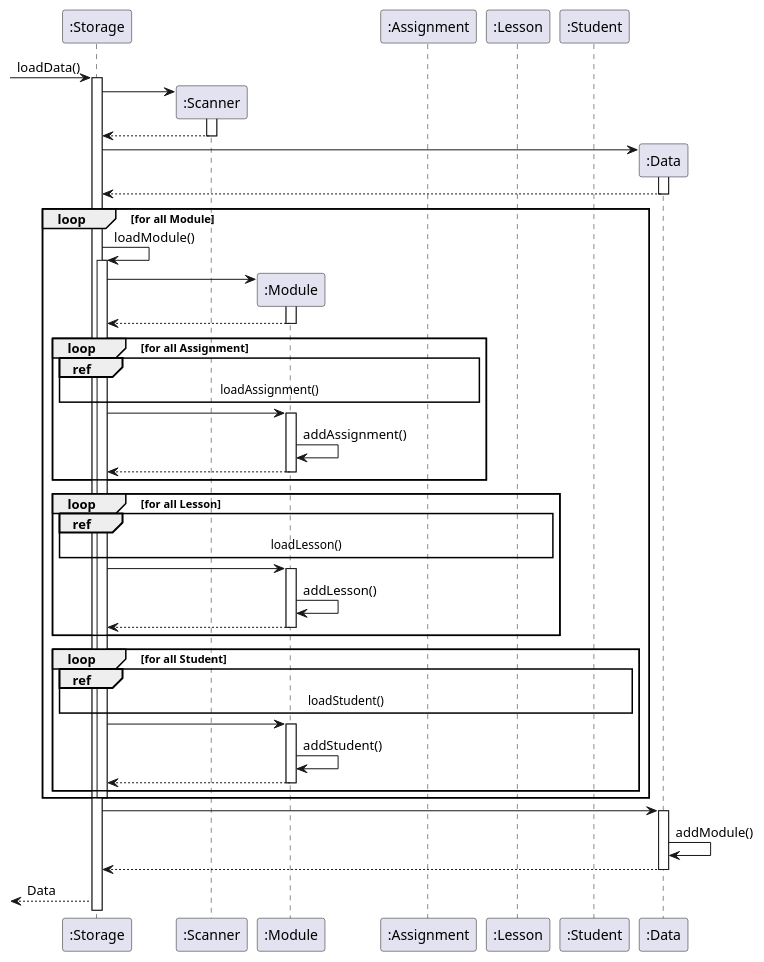
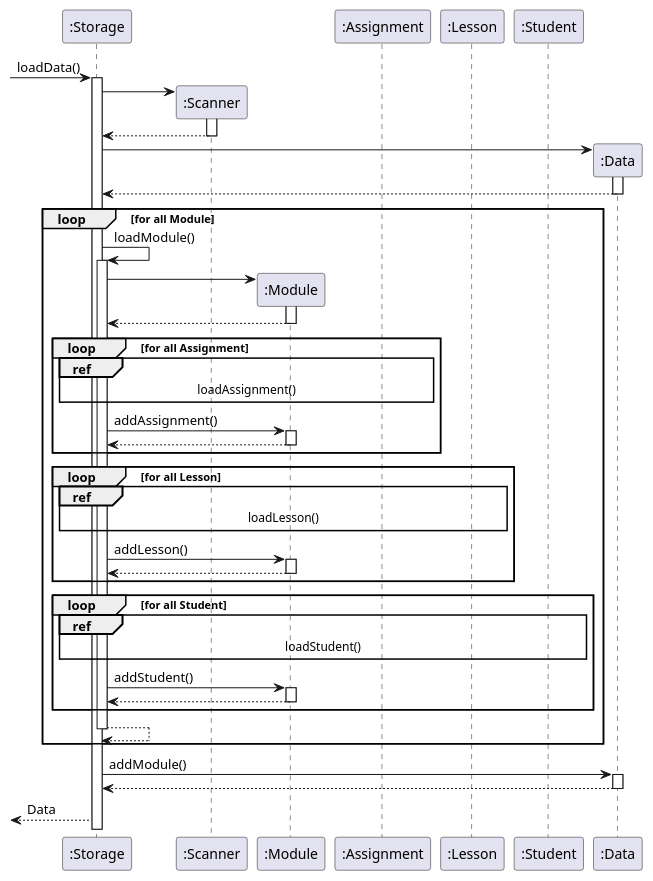
One commit to vaiish371/tp changed the diagram in docs/uml/LoadDataSequenceDiagram.puml. Above: the diagram before and after it, drawn with PlantUML. The commit also changed 4 other files, not shown here.

```diff
--- a/docs/uml/LoadDataSequenceDiagram.puml
+++ b/docs/uml/LoadDataSequenceDiagram.puml
@@ -1,73 +1,70 @@
 @startuml
 
 participant ":Storage" as Storage
 participant ":Scanner" as Scanner
 participant ":Module" as Module
 participant ":Assignment" as Assignment
 participant ":Lesson" as Lesson
 participant ":Student" as Student
 participant ":Data" as Data
 
 [-> Storage : loadData()
 
 activate Storage
 Storage -> Scanner **
 activate Scanner
 Scanner --> Storage
 deactivate Scanner
 
 Storage -> Data **
 activate Data
 Data --> Storage
 deactivate Data
 
 loop for all Module
 
     Storage -> Storage : loadModule()
     activate Storage
     Storage -> Module **
     activate Module
     Module --> Storage
     deactivate Module
 
     loop for all Assignment
         ref over Storage, Assignment : loadAssignment()
-        Storage -> Module
+        Storage -> Module : addAssignment()
         activate Module
-        Module -> Module : addAssignment()
         Module --> Storage
         deactivate Module
     end
 
     loop for all Lesson
         ref over Storage, Lesson : loadLesson()
-        Storage -> Module
+        Storage -> Module : addLesson()
         activate Module
-        Module -> Module : addLesson()
         Module --> Storage
         deactivate Module
     end
 
     loop for all Student
         ref over Storage, Student : loadStudent()
-        Storage -> Module
+        Storage -> Module : addStudent()
         activate Module
-        Module -> Module : addStudent()
         Module --> Storage
         deactivate Module
     end
 
+Storage --> Storage
 deactivate Storage
 
 end
 deactivate Module
 
-Storage -> Data
+Storage -> Data : addModule()
 activate Data
-Data -> Data : addModule()
 Data --> Storage
 deactivate Data
 
 [<-- Storage : Data
 
 @enduml
```
